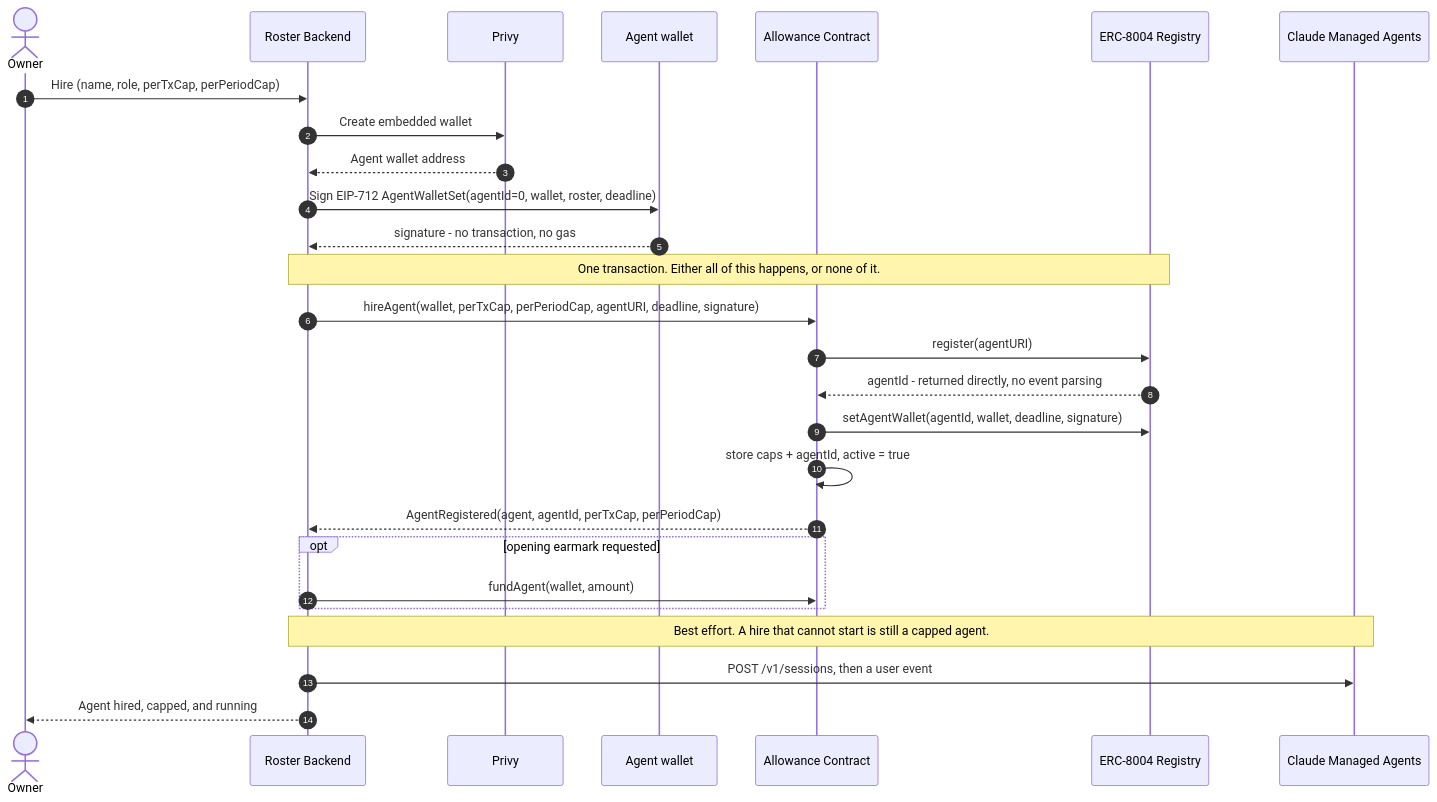
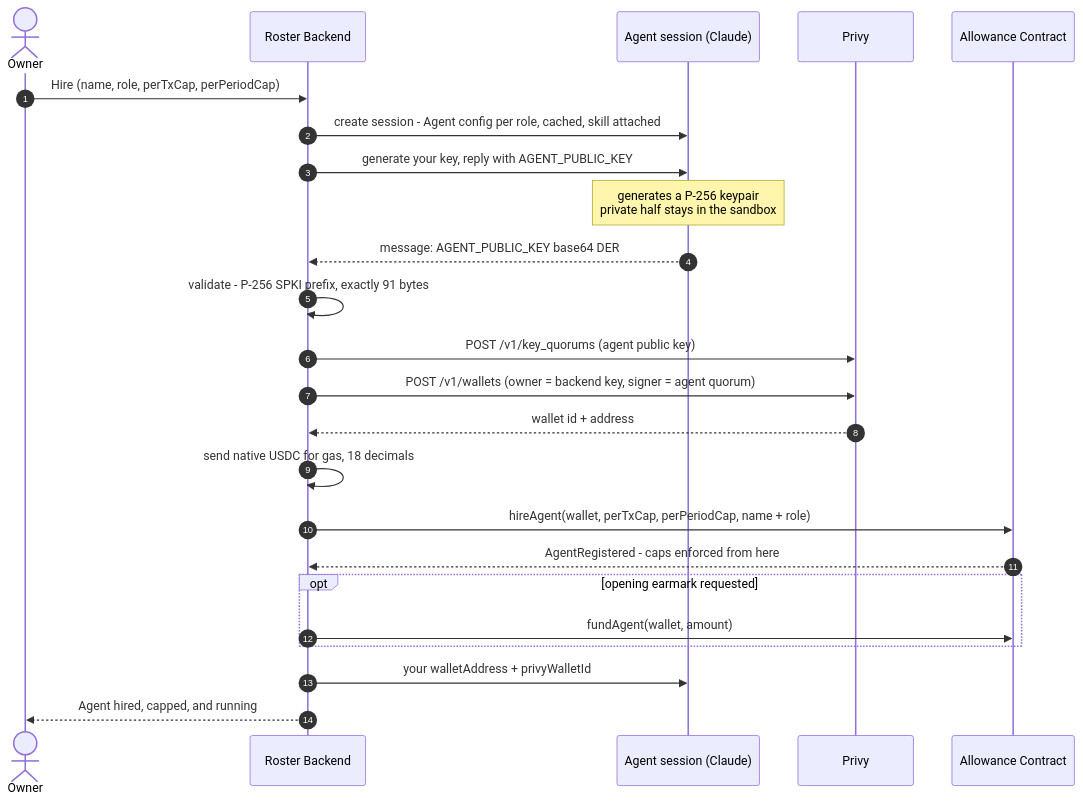
One commit to aiagentdev-1990/bursar changed the second of 7 diagrams in docs/TECH-DESIGN.md. Above: the diagram before and after it, drawn with Mermaid. The commit also changed other lines of this file and 6 other files, not shown here.

````diff
--- a/docs/TECH-DESIGN.md
+++ b/docs/TECH-DESIGN.md
@@ -100,33 +97,30 @@
 ```mermaid
 sequenceDiagram
     autonumber
     actor Owner
     participant Backend as Roster Backend
+    participant Agent as Agent session (Claude)
     participant Privy
-    participant Wallet as Agent wallet
     participant Roster as Allowance Contract
-    participant Registry as ERC-8004 Registry
-    participant Claude as Claude Managed Agents
 
     Owner->>Backend: Hire (name, role, perTxCap, perPeriodCap)
-    Backend->>Privy: Create embedded wallet
-    Privy-->>Backend: Agent wallet address
-    Backend->>Wallet: Sign EIP-712 AgentWalletSet(agentId=0, wallet, roster, deadline)
-    Wallet-->>Backend: signature - no transaction, no gas
+    Backend->>Agent: create session - Agent config per role, cached, skill attached
+    Backend->>Agent: generate your key, reply with AGENT_PUBLIC_KEY
+    Note over Agent: generates a P-256 keypair<br/>private half stays in the sandbox
+    Agent-->>Backend: message: AGENT_PUBLIC_KEY base64 DER
+    Backend->>Backend: validate - P-256 SPKI prefix, exactly 91 bytes
 
-    Note over Backend,Registry: One transaction. Either all of this happens, or none of it.
-    Backend->>Roster: hireAgent(wallet, perTxCap, perPeriodCap, agentURI, deadline, signature)
-    Roster->>Registry: register(agentURI)
-    Registry-->>Roster: agentId - returned directly, no event parsing
-    Roster->>Registry: setAgentWallet(agentId, wallet, deadline, signature)
-    Roster->>Roster: store caps + agentId, active = true
-    Roster-->>Backend: AgentRegistered(agent, agentId, perTxCap, perPeriodCap)
+    Backend->>Privy: POST /v1/key_quorums (agent public key)
+    Backend->>Privy: POST /v1/wallets (owner = backend key, signer = agent quorum)
+    Privy-->>Backend: wallet id + address
+    Backend->>Backend: send native USDC for gas, 18 decimals
 
+    Backend->>Roster: hireAgent(wallet, perTxCap, perPeriodCap, name + role)
+    Roster-->>Backend: AgentRegistered - caps enforced from here
     opt opening earmark requested
         Backend->>Roster: fundAgent(wallet, amount)
     end
 
-    Note over Backend,Claude: Best effort. A hire that cannot start is still a capped agent.
-    Backend->>Claude: POST /v1/sessions, then a user event
+    Backend->>Agent: your walletAddress + privyWalletId
     Backend-->>Owner: Agent hired, capped, and running
 ```
````
